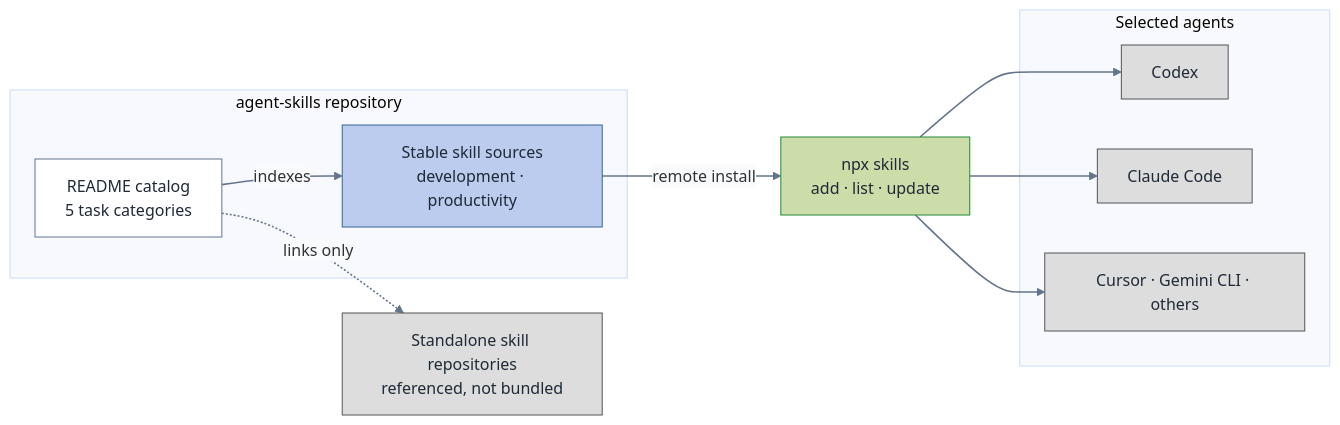
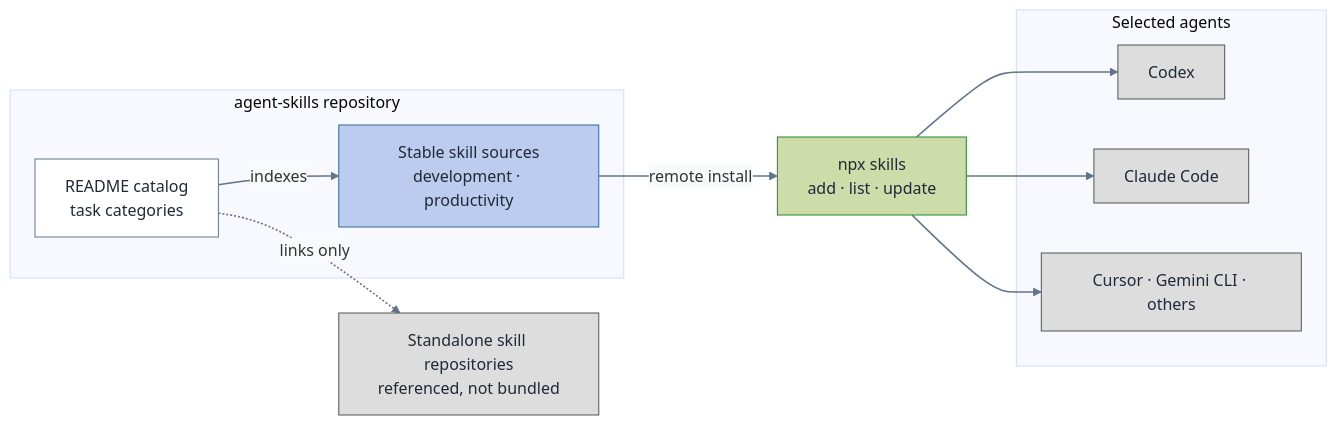
Before and after one commit to gigio1023/agent-skills: the diagram in docs/repo-structure.md, drawn with Mermaid. The commit also changed other lines of this file and 5 other files, not shown here.

````diff
--- a/docs/repo-structure.md
+++ b/docs/repo-structure.md
@@ -7,42 +7,42 @@
 ```mermaid
 ---
 config:
   theme: base
   themeVariables:
     textColor: "#1f2937"
     edgeLabelBackground: "#f8fafc"
 ---
 flowchart LR
   accTitle: agent-skills catalog, source, and installation boundaries
   accDescr: The README groups skills by task. Stable source paths flow through the Skills CLI into selected agents, while standalone repositories are referenced only.
 
   subgraph repo ["agent-skills repository"]
-    IDX["README catalog<br/>5 task categories"]
+    IDX["README catalog<br/>task categories"]
     SRC["Stable skill sources<br/>development · productivity"]
   end
 
   CLI["npx skills<br/>add · list · update"]
 
   subgraph agents ["Selected agents"]
     CX["Codex"]
     CC["Claude Code"]
     OT["Cursor · Gemini CLI · others"]
   end
 
   EXT["Standalone skill repositories<br/>referenced, not bundled"]
 
   IDX -->|indexes| SRC
   SRC -->|remote install| CLI
   CLI --> CX & CC & OT
   IDX -.->|links only| EXT
 
   classDef source fill:#BBCCEE,stroke:#336699,color:#1f2937;
   classDef installer fill:#CCDDAA,stroke:#228833,color:#1f2937;
   classDef outside fill:#DDDDDD,stroke:#555555,color:#1f2937;
   classDef index fill:#ffffff,stroke:#64748b,color:#1f2937;
   class IDX index;
   class SRC source;
   class CLI installer;
   class CX,CC,OT,EXT outside;
   linkStyle default stroke:#64748b,stroke-width:1.6px;
 ```
````
